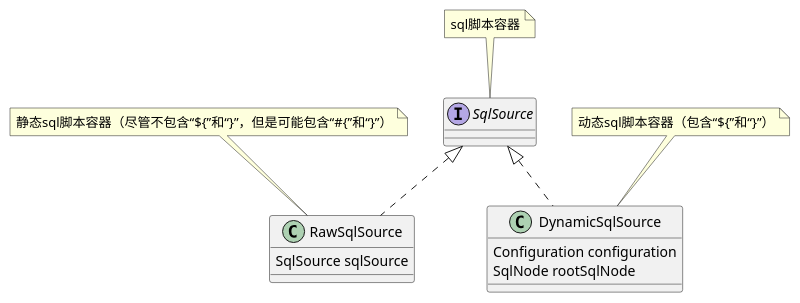
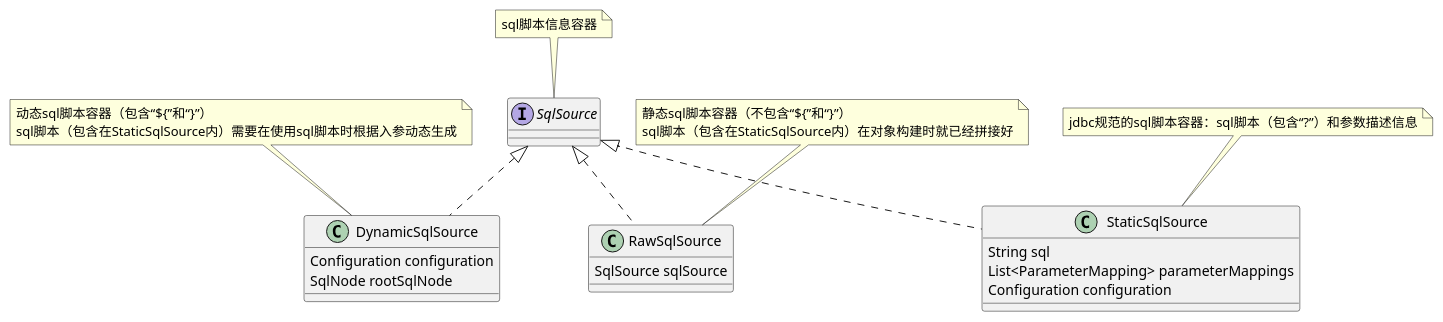
One commit to kxumiaoing/mybatis-3.5.2-src changed the diagram in mybatis-core/src/main/resources/SqlSourceFamily.puml. Above: the diagram before and after it, drawn with PlantUML. The commit also changed 43 other files, not shown here.

Commit message:
read DynamicSqlSource

```diff
--- a/mybatis-core/src/main/resources/SqlSourceFamily.puml
+++ b/mybatis-core/src/main/resources/SqlSourceFamily.puml
@@ -1,22 +1,34 @@
 @startuml
 
 class DynamicSqlSource implements SqlSource
 note top of SqlSource
-   sql脚本容器
+   sql脚本信息容器
 end note
 
 DynamicSqlSource : Configuration configuration
 DynamicSqlSource : SqlNode rootSqlNode
 note top of DynamicSqlSource
     动态sql脚本容器（包含“${”和“}”）
+    sql脚本（包含在StaticSqlSource内）需要在使用sql脚本时根据入参动态生成
 end note
 
 class RawSqlSource implements SqlSource
 
 RawSqlSource : SqlSource sqlSource
 
 note top of RawSqlSource
-    静态sql脚本容器（尽管不包含“${”和“}”，但是可能包含“#{”和“}”）
+    静态sql脚本容器（不包含“${”和“}”）
+    sql脚本（包含在StaticSqlSource内）在对象构建时就已经拼接好
+end note
+
+class StaticSqlSource implements SqlSource
+
+StaticSqlSource : String sql
+StaticSqlSource : List<ParameterMapping> parameterMappings
+StaticSqlSource : Configuration configuration
+
+note top of StaticSqlSource
+    jdbc规范的sql脚本容器：sql脚本（包含“?”）和参数描述信息
 end note
 
 @enduml
```
